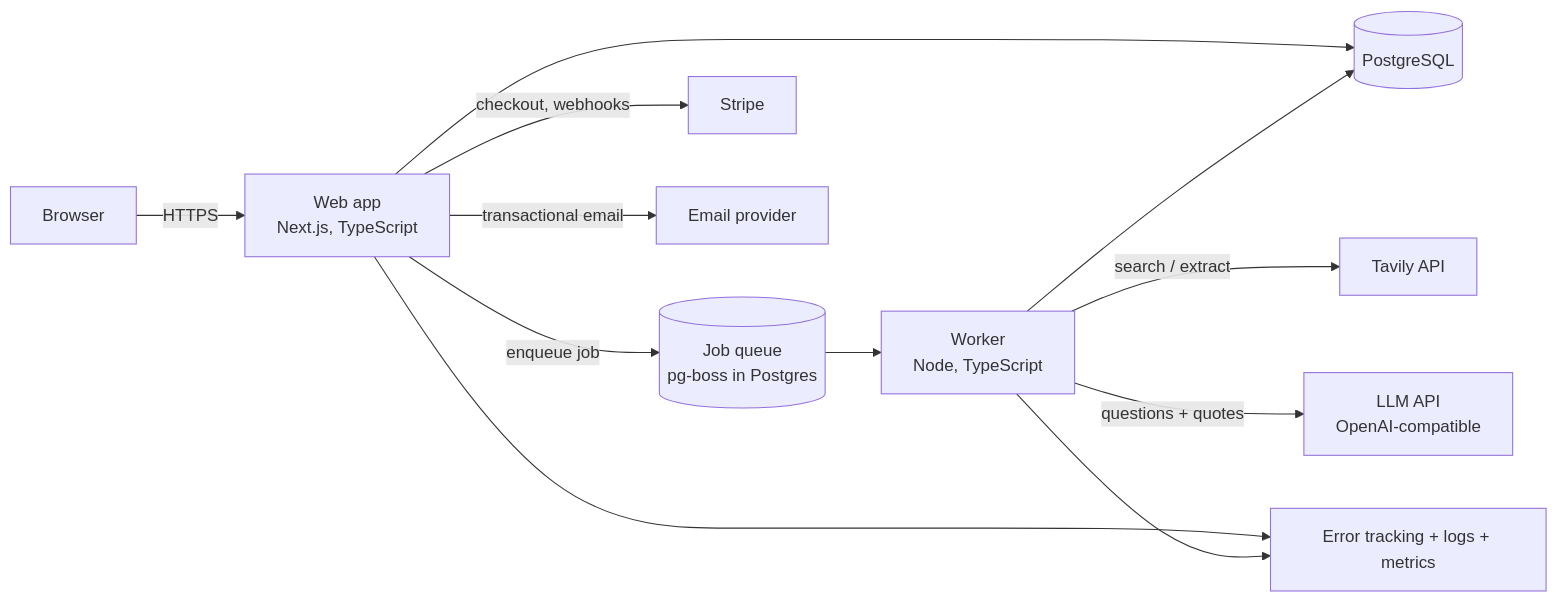
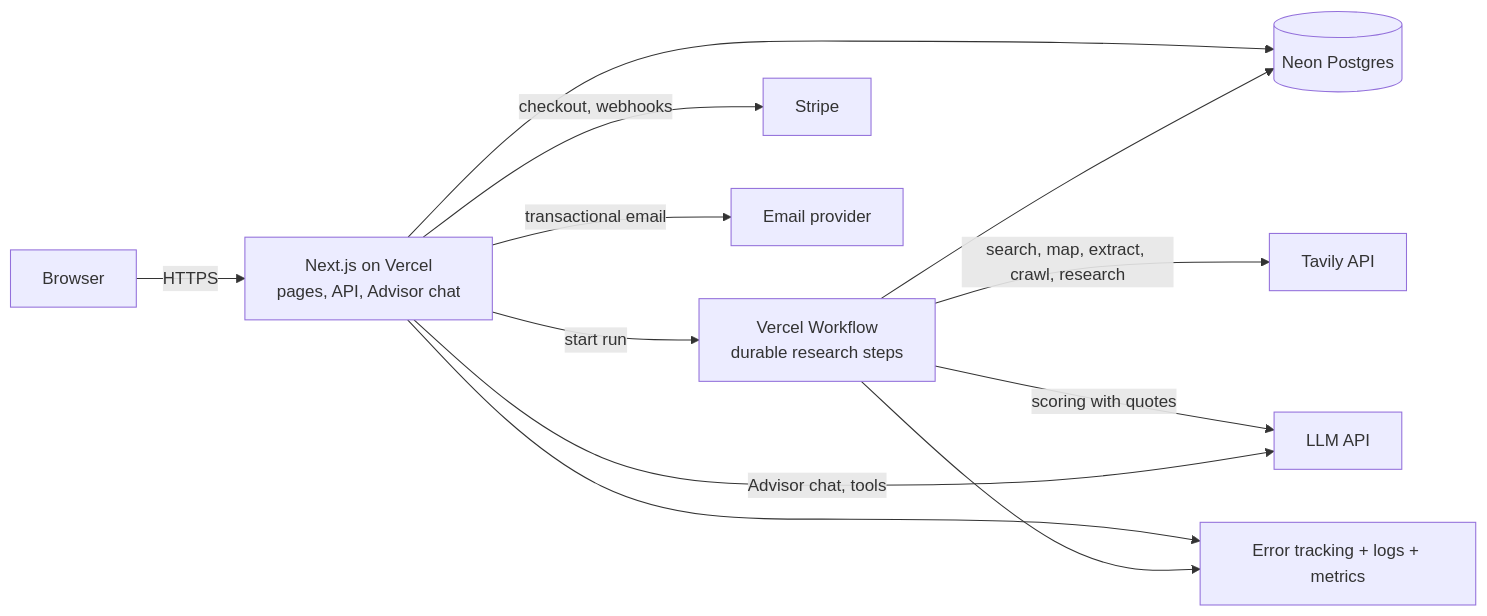
Before and after one commit to rishaankgupta/Sieveline: the diagram in docs/01-architecture/ARCHITECTURE.md, drawn with Mermaid. The commit also changed other lines of this file and 12 other files, not shown here.

Commit message:
docs: shortlist + chat, Vercel/Neon, Tavily strategy, name Sieveline

````diff
--- a/docs/01-architecture/ARCHITECTURE.md
+++ b/docs/01-architecture/ARCHITECTURE.md
@@ -7,13 +7,13 @@
 ```mermaid
 flowchart LR
-  U[Browser] -->|HTTPS| W[Web app<br/>Next.js, TypeScript]
-  W --> DB[(PostgreSQL)]
-  W -->|enqueue job| Q[(Job queue<br/>pg-boss in Postgres)]
-  Q --> K[Worker<br/>Node, TypeScript]
-  K -->|search / extract| T[Tavily API]
-  K -->|questions + quotes| L[LLM API<br/>OpenAI-compatible]
-  K --> DB
+  U[Browser] -->|HTTPS| W[Next.js on Vercel<br/>pages, API, Advisor chat]
+  W --> DB[(Neon Postgres)]
+  W -->|start run| WF[Vercel Workflow<br/>durable research steps]
+  WF -->|search, map, extract, crawl, research| T[Tavily API]
+  WF -->|scoring with quotes| L[LLM API]
+  W -->|Advisor chat, tools| L
+  WF --> DB
   W -->|checkout, webhooks| S[Stripe]
   W -->|transactional email| E[Email provider]
-  W & K --> O[Error tracking + logs + metrics]
+  W & WF --> O[Error tracking + logs + metrics]
 ```
````
